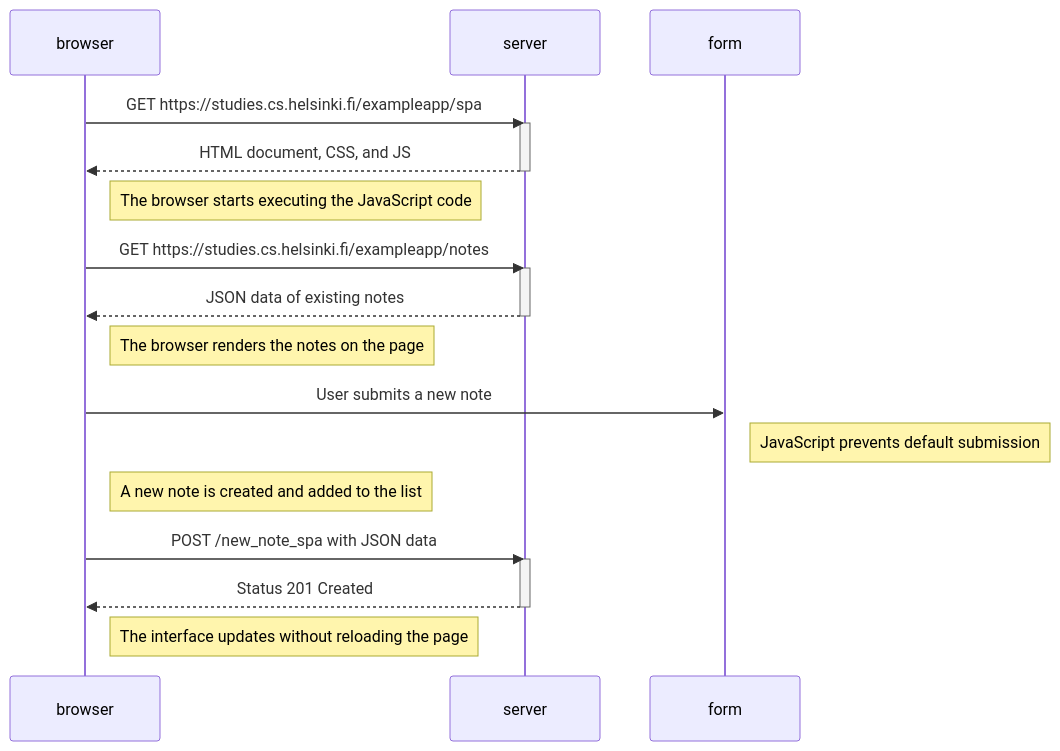
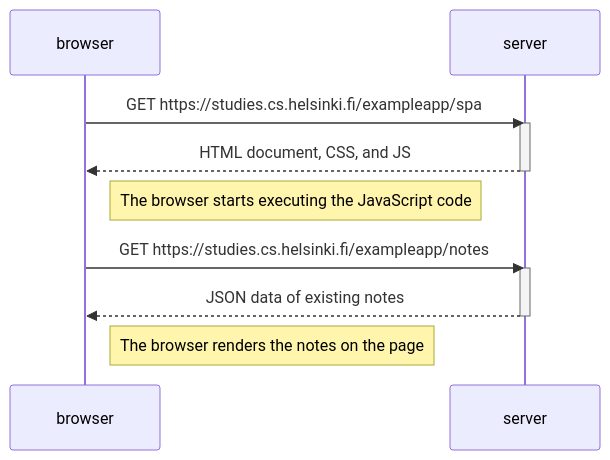
One commit to tamachine/helsinki-full-stack-open-course changed the diagram in part0/0.5-Single-page-app-diagram/Markdown.md. Above: the diagram before and after it, drawn with Mermaid. The commit also changed 1 other file, not shown here.

Commit message:
Actualizar Markdown.md y Markdown.md

````diff
--- a/part0/0.5-Single-page-app-diagram/Markdown.md
+++ b/part0/0.5-Single-page-app-diagram/Markdown.md
@@ -1,30 +1,19 @@
 ```mermaid
 sequenceDiagram
     participant browser
     participant server
 
     browser->>server: GET https://studies.cs.helsinki.fi/exampleapp/spa
     activate server
     server-->>browser: HTML document, CSS, and JS
     deactivate server
 
     Note right of browser: The browser starts executing the JavaScript code
 
     browser->>server: GET https://studies.cs.helsinki.fi/exampleapp/notes
     activate server
     server-->>browser: JSON data of existing notes
     deactivate server
 
     Note right of browser: The browser renders the notes on the page
-
-    browser->>form: User submits a new note
-    Note right of form: JavaScript prevents default submission
-
-    Note right of browser: A new note is created and added to the list
-    browser->>server: POST /new_note_spa with JSON data
-    activate server
-    server-->>browser: Status 201 Created
-    deactivate server
-
-    Note right of browser: The interface updates without reloading the page
 ```
````
